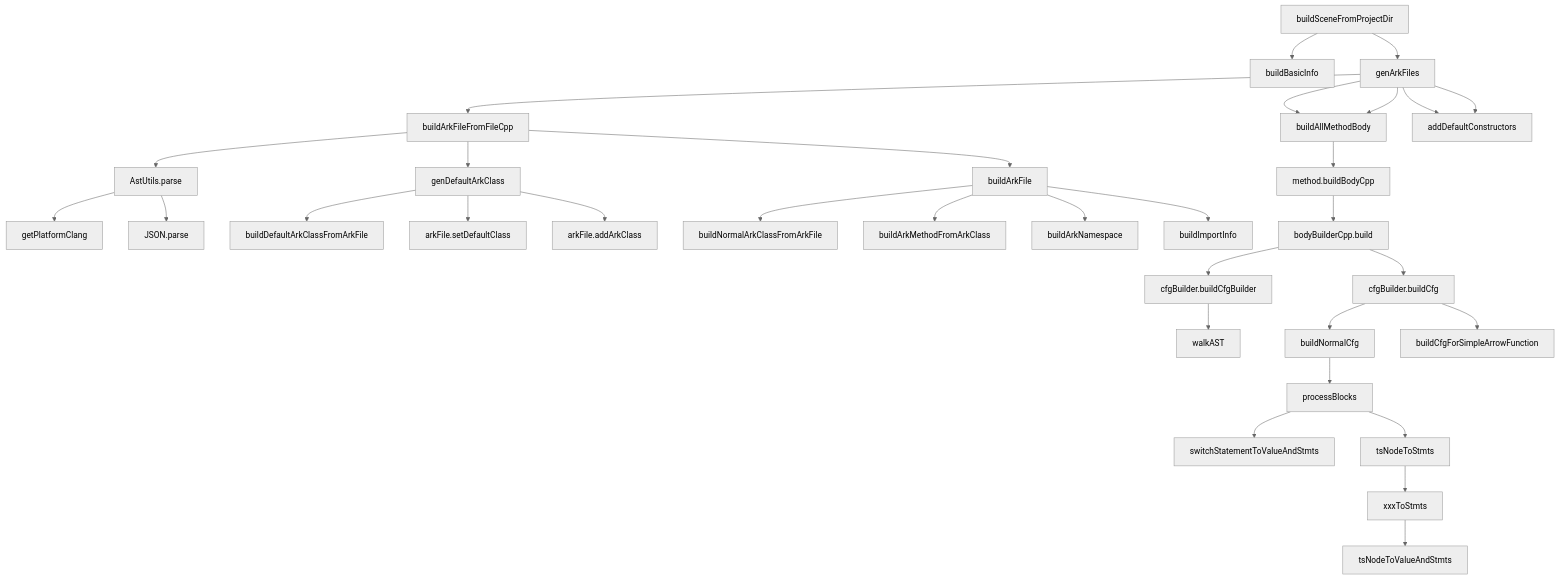
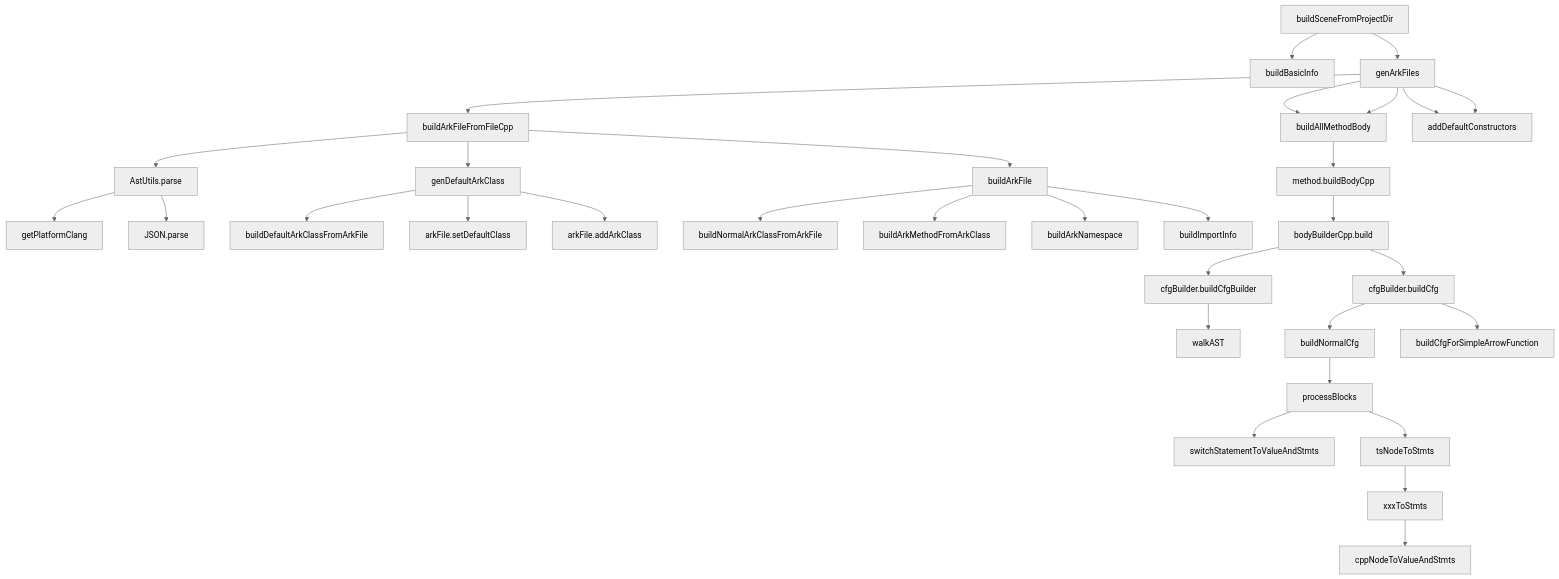
One commit to SMAT-Lab/ArkAnalyzer changed the diagram in src/cpp_frontend/README.md. Above: the diagram before and after it, drawn with Mermaid (neutral theme). The commit also changed 5 other files, not shown here.

````diff
--- a/src/cpp_frontend/README.md
+++ b/src/cpp_frontend/README.md
@@ -93,35 +93,35 @@
 ```mermaid
 graph TD
     buildSceneFromProjectDir --> buildBasicInfo
     buildSceneFromProjectDir --> genArkFiles
     genArkFiles --> buildArkFileFromFileCpp
     genArkFiles --> buildAllMethodBody
     genArkFiles --> addDefaultConstructors
     buildArkFileFromFileCpp --> AstUtils.parse
     AstUtils.parse --> getPlatformClang
     AstUtils.parse --> JSON.parse
     buildArkFileFromFileCpp --> genDefaultArkClass
     buildArkFileFromFileCpp --> buildArkFile
     genDefaultArkClass --> buildDefaultArkClassFromArkFile
     genDefaultArkClass --> arkFile.setDefaultClass
     genDefaultArkClass --> arkFile.addArkClass
     buildArkFile --> buildNormalArkClassFromArkFile
     buildArkFile --> buildArkMethodFromArkClass
     buildArkFile --> buildArkNamespace
     buildArkFile --> buildImportInfo
     genArkFiles --> buildAllMethodBody
     genArkFiles --> addDefaultConstructors
     buildAllMethodBody --> method.buildBodyCpp
     method.buildBodyCpp --> bodyBuilderCpp.build
     bodyBuilderCpp.build --> cfgBuilder.buildCfgBuilder
     bodyBuilderCpp.build --> cfgBuilder.buildCfg
     cfgBuilder.buildCfgBuilder --> walkAST
     cfgBuilder.buildCfg --> buildNormalCfg
     cfgBuilder.buildCfg --> buildCfgForSimpleArrowFunction
     buildNormalCfg --> processBlocks
     processBlocks --> switchStatementToValueAndStmts
     processBlocks --> tsNodeToStmts
     tsNodeToStmts --> xxxToStmts
-    xxxToStmts --> tsNodeToValueAndStmts
+    xxxToStmts --> cppNodeToValueAndStmts
 
 ```
````
